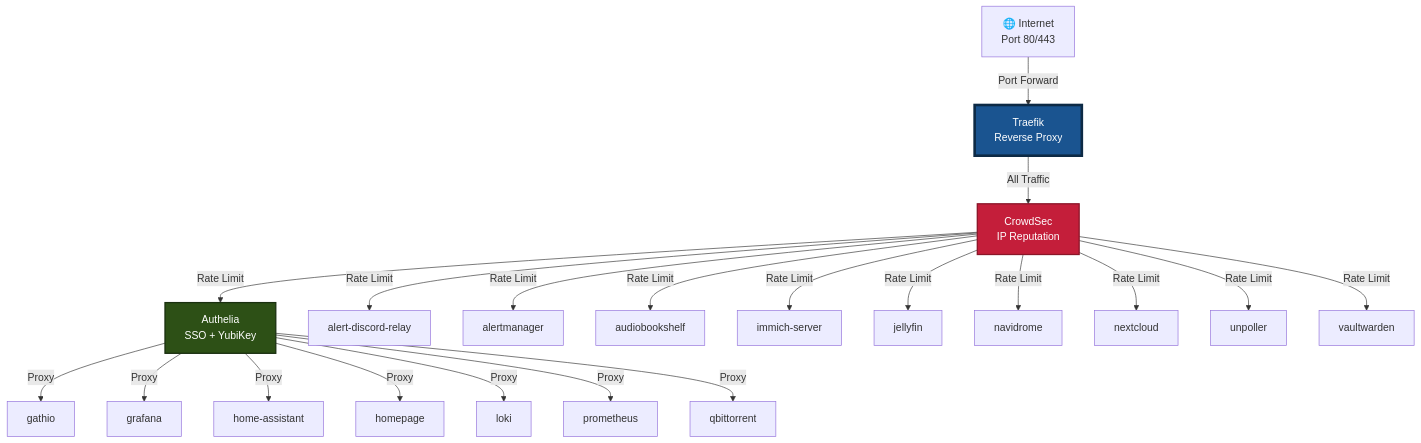
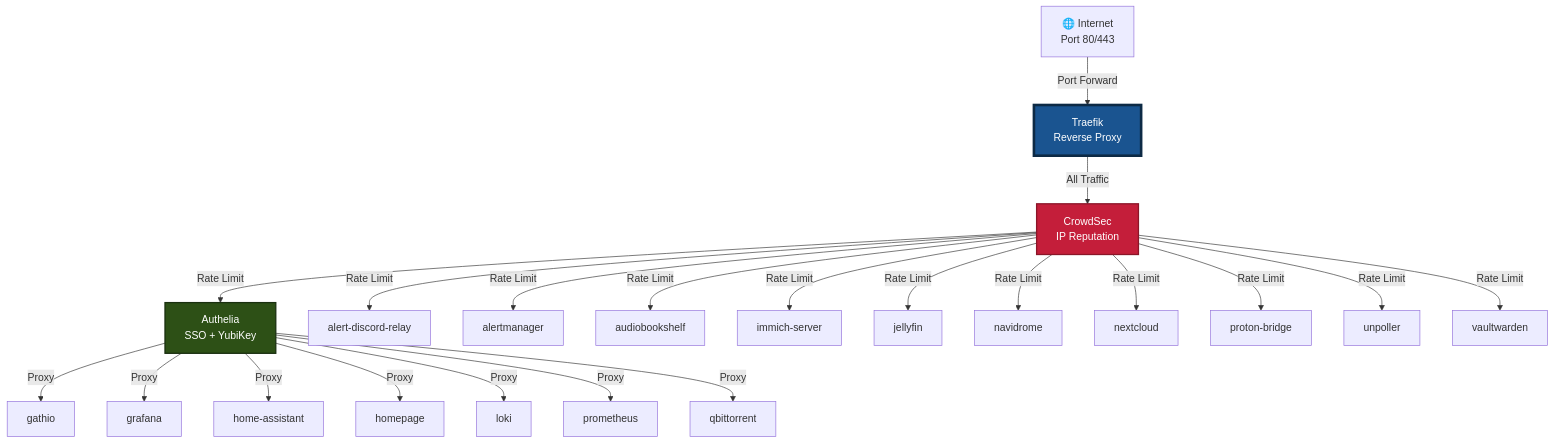
One commit to vonrobak/fedora-homelab-containers changed the first of 3 diagrams in docs/AUTO-NETWORK-TOPOLOGY.md. Above: the diagram before and after it, drawn with Mermaid. The commit also changed other lines of this file and 28 other files, not shown here.

First line of the commit message:
chore: CrowdSec acquisition wiring + post-ADR-022 rate-limit retune + drift sweep (#160)

````diff
--- a/docs/AUTO-NETWORK-TOPOLOGY.md
+++ b/docs/AUTO-NETWORK-TOPOLOGY.md
@@ -12,34 +12,35 @@
 ```mermaid
 graph TB
     Internet[🌐 Internet<br/>Port 80/443]
     Internet -->|Port Forward| Traefik[Traefik<br/>Reverse Proxy]
 
     %% All traffic goes through CrowdSec first
     Traefik -->|All Traffic| CrowdSec[CrowdSec<br/>IP Reputation]
 
     %% Services requiring Authelia SSO
     CrowdSec -->|Rate Limit| Authelia[Authelia<br/>SSO + YubiKey]
     Authelia -->|Proxy| gathio[gathio]
     Authelia -->|Proxy| grafana[grafana]
     Authelia -->|Proxy| home_assistant[home-assistant]
     Authelia -->|Proxy| homepage[homepage]
     Authelia -->|Proxy| loki[loki]
     Authelia -->|Proxy| prometheus[prometheus]
     Authelia -->|Proxy| qbittorrent[qbittorrent]
 
     %% Services with native authentication (bypass Authelia)
     CrowdSec -->|Rate Limit| alert_discord_relay[alert-discord-relay]
     CrowdSec -->|Rate Limit| alertmanager[alertmanager]
     CrowdSec -->|Rate Limit| audiobookshelf[audiobookshelf]
     CrowdSec -->|Rate Limit| immich_server[immich-server]
     CrowdSec -->|Rate Limit| jellyfin[jellyfin]
     CrowdSec -->|Rate Limit| navidrome[navidrome]
     CrowdSec -->|Rate Limit| nextcloud[nextcloud]
+    CrowdSec -->|Rate Limit| proton_bridge[proton-bridge]
     CrowdSec -->|Rate Limit| unpoller[unpoller]
     CrowdSec -->|Rate Limit| vaultwarden[vaultwarden]
 
     %% Styling
     style Traefik fill:#1a5490,stroke:#0d2a45,stroke-width:4px,color:#fff
     style CrowdSec fill:#c41e3a,stroke:#8b1528,stroke-width:2px,color:#fff
     style Authelia fill:#2d5016,stroke:#1a3010,stroke-width:2px,color:#fff
 ```
````
